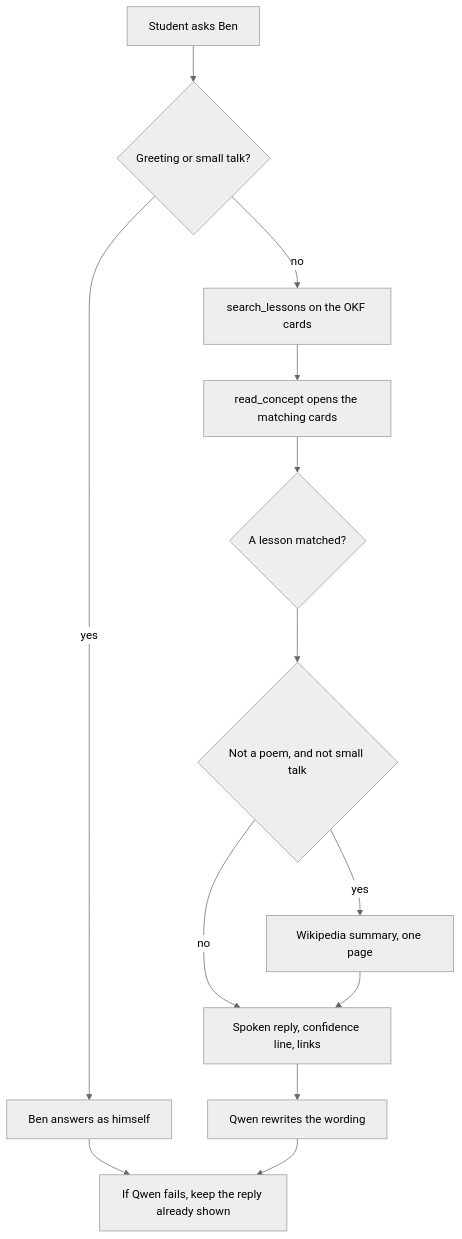
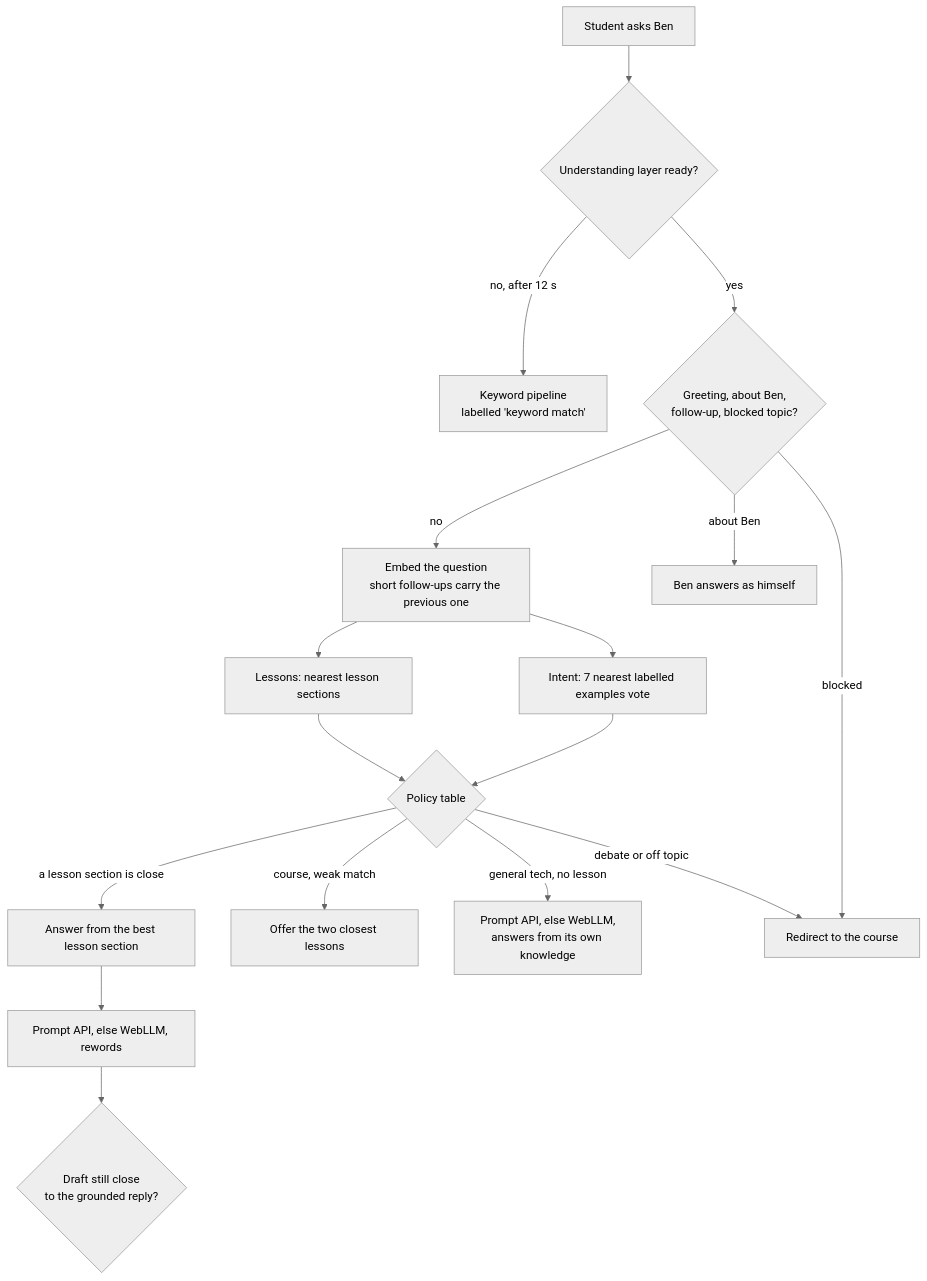
One commit to veeresh-bikkaneti/system-design-and-architecture changed the diagram in docs/ai-tutor.md. Above: the diagram before and after it, drawn with Mermaid (neutral theme). The commit also changed other lines of this file and 66 other files, not shown here.

````diff
--- a/docs/ai-tutor.md
+++ b/docs/ai-tutor.md
@@ -23,27 +26,30 @@
 ```mermaid
 flowchart TD
   ask[Student asks Ben]
-  social{Greeting or small talk?}
-  hello[Ben answers as himself]
-  cards[search_lessons on the OKF cards]
-  read[read_concept opens the matching cards]
-  scope{A lesson matched?}
-  wiki{Not a poem, and not small talk}
-  page[Wikipedia summary, one page]
-  compose[Spoken reply, confidence line, links]
-  qwen[Qwen rewrites the wording]
-  keep[If Qwen fails, keep the reply already shown]
+  ready{Understanding layer ready?}
+  kw[Keyword pipeline<br/>labelled 'keyword match']
+  rules{Greeting, about Ben,<br/>follow-up, blocked topic?}
+  embed[Embed the question<br/>short follow-ups carry the previous one]
+  vote[Intent: 7 nearest labelled examples vote]
+  rank[Lessons: nearest lesson sections]
+  policy{Policy table}
+  self[Ben answers as himself]
+  lesson[Answer from the best lesson section]
+  clarify[Offer the two closest lessons]
+  parametric[Prompt API, else WebLLM,<br/>answers from its own knowledge]
+  redirect[Redirect to the course]
+  engine[Prompt API, else WebLLM, rewords]
+  keep{Draft still close<br/>to the grounded reply?}
 
-  ask --> social
-  social -->|yes| hello
-  social -->|no| cards
-  cards --> read
-  read --> scope
-  scope --> wiki
-  wiki -->|yes| page
-  wiki -->|no| compose
-  page --> compose
-  hello --> keep
-  compose --> qwen
-  qwen --> keep
+  ask --> ready
+  ready -->|no, after 12 s| kw
+  ready -->|yes| rules
+  rules -->|about Ben| self
+  rules -->|blocked| redirect
+  rules -->|no| embed --> vote & rank --> policy
+  policy -->|a lesson section is close| lesson
+  policy -->|course, weak match| clarify
+  policy -->|general tech, no lesson| parametric
+  policy -->|debate or off topic| redirect
+  lesson --> engine --> keep
 ```
````
